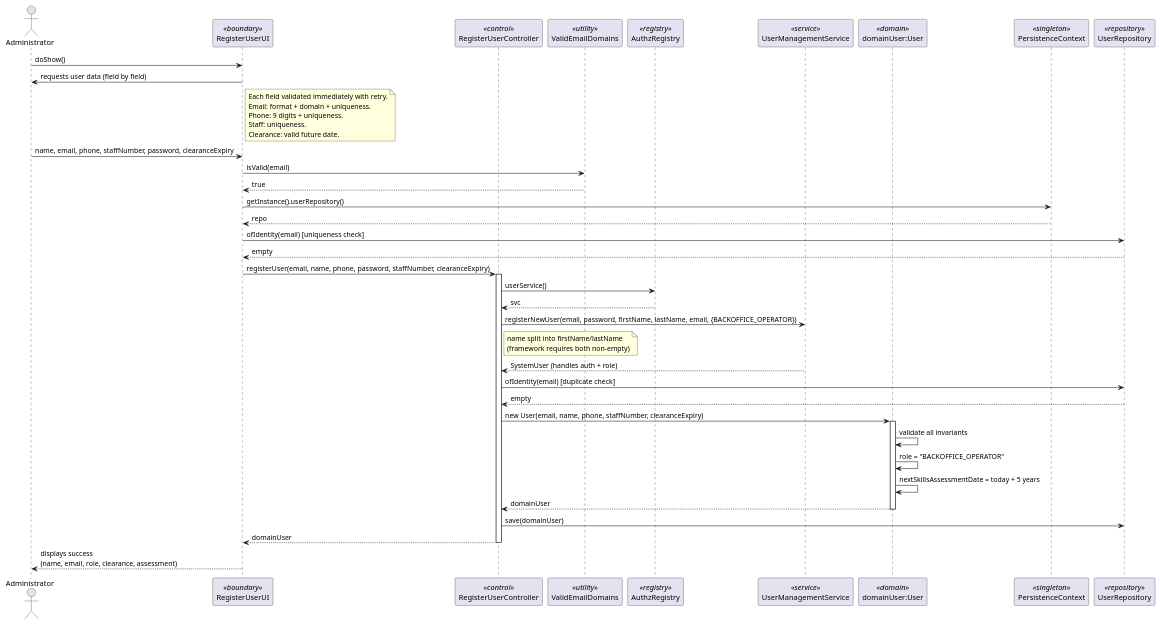
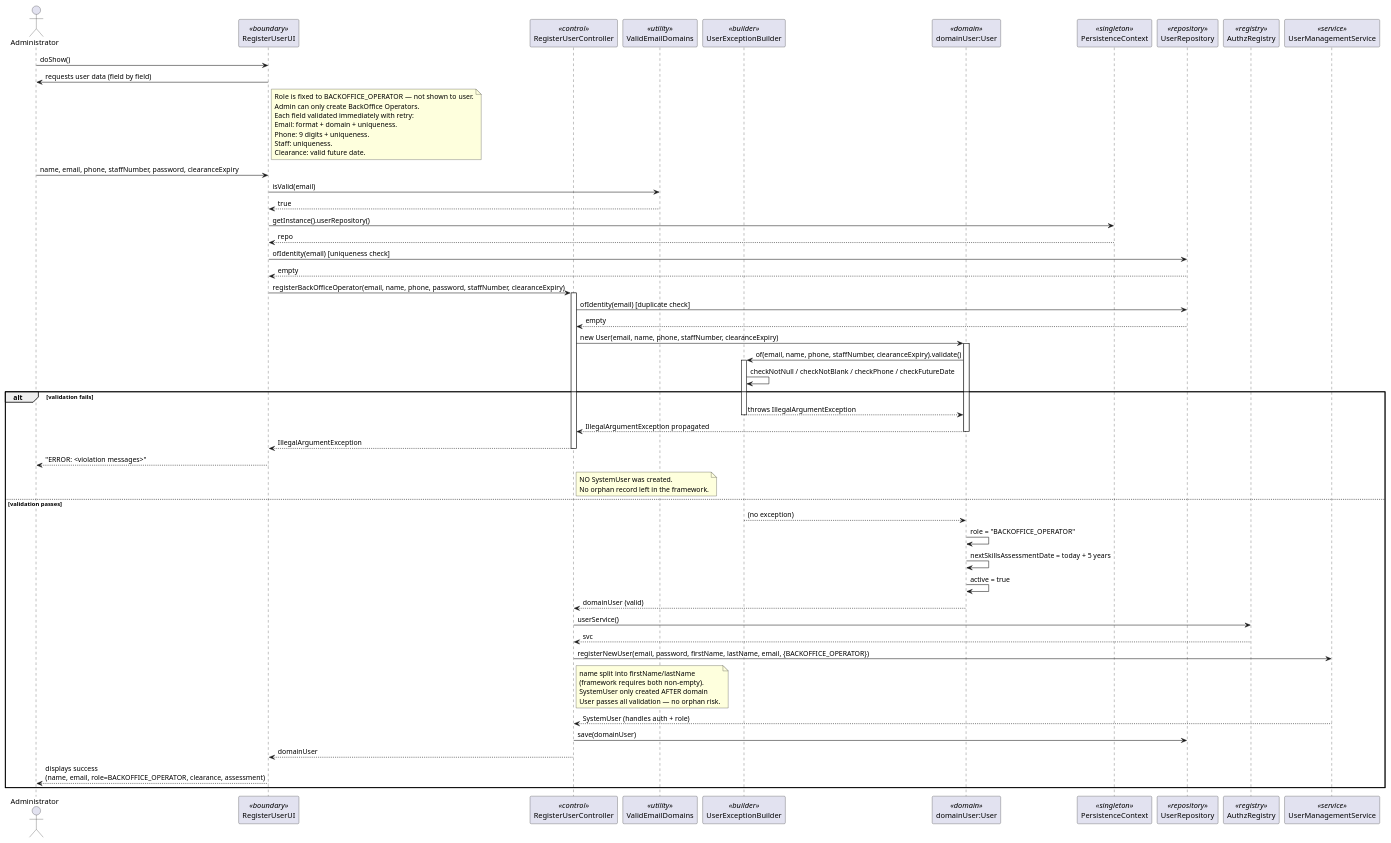
Before and after one commit to DuartePinto1240/sem4pi2526-sem4pi2526_2da2: the diagram in docs/Sprint 3/EAPLI/US031/puml/US031-sequence-diagram.puml, drawn with PlantUML. The commit also changed 31 other files, not shown here.

First line of the commit message:
fix(eapli): refactor US030-033 validation and role restrictions

```diff
--- a/docs/Sprint 3/EAPLI/US031/puml/US031-sequence-diagram.puml
+++ b/docs/Sprint 3/EAPLI/US031/puml/US031-sequence-diagram.puml
@@ -1,59 +1,87 @@
 @startuml
 actor Administrator
 participant RegisterUserUI as UI <<boundary>>
 participant RegisterUserController as CTRL <<control>>
 participant ValidEmailDomains as VED <<utility>>
-participant AuthzRegistry as REG <<registry>>
-participant UserManagementService as SVC <<service>>
+participant "UserExceptionBuilder" as UEB <<builder>>
 participant "domainUser:User" as USER <<domain>>
 participant PersistenceContext as PCON <<singleton>>
 participant UserRepository as REPO <<repository>>
+participant AuthzRegistry as REG <<registry>>
+participant UserManagementService as SVC <<service>>
 
 Administrator -> UI : doShow()
 UI -> Administrator : requests user data (field by field)
 
 note right of UI
-  Each field validated immediately with retry.
+  Role is fixed to BACKOFFICE_OPERATOR — not shown to user.
+  Admin can only create BackOffice Operators.
+  Each field validated immediately with retry:
   Email: format + domain + uniqueness.
   Phone: 9 digits + uniqueness.
   Staff: uniqueness.
   Clearance: valid future date.
 end note
 
 Administrator -> UI : name, email, phone, staffNumber, password, clearanceExpiry
 UI -> VED : isValid(email)
 VED --> UI : true
 UI -> PCON : getInstance().userRepository()
 PCON --> UI : repo
 UI -> REPO : ofIdentity(email) [uniqueness check]
 REPO --> UI : empty
 
-UI -> CTRL : registerUser(email, name, phone, password, staffNumber, clearanceExpiry)
+UI -> CTRL : registerBackOfficeOperator(email, name, phone, password, staffNumber, clearanceExpiry)
 activate CTRL
 
-' Step 1: Create SystemUser via framework
-CTRL -> REG : userService()
-REG --> CTRL : svc
-CTRL -> SVC : registerNewUser(email, password, firstName, lastName, email, {BACKOFFICE_OPERATOR})
-note right of CTRL
-  name split into firstName/lastName
-  (framework requires both non-empty)
-end note
-SVC --> CTRL : SystemUser (handles auth + role)
-
-' Step 2: Create domain User
 CTRL -> REPO : ofIdentity(email) [duplicate check]
 REPO --> CTRL : empty
+
+' Step 1 — Build and validate domain User FIRST
 CTRL -> USER : new User(email, name, phone, staffNumber, clearanceExpiry)
 activate USER
-USER -> USER : validate all invariants
-USER -> USER : role = "BACKOFFICE_OPERATOR"
-USER -> USER : nextSkillsAssessmentDate = today + 5 years
-USER --> CTRL : domainUser
-deactivate USER
-CTRL -> REPO : save(domainUser)
-CTRL --> UI : domainUser
-deactivate CTRL
+USER -> UEB : of(email, name, phone, staffNumber, clearanceExpiry).validate()
+activate UEB
+UEB -> UEB : checkNotNull / checkNotBlank / checkPhone / checkFutureDate
 
-UI --> Administrator : displays success\n(name, email, role, clearance, assessment)
+alt validation fails
+    UEB --> USER : throws IllegalArgumentException
+    deactivate UEB
+    USER --> CTRL : IllegalArgumentException propagated
+    deactivate USER
+    CTRL --> UI : IllegalArgumentException
+    deactivate CTRL
+    UI --> Administrator : "ERROR: <violation messages>"
+    note right of CTRL
+      NO SystemUser was created.
+      No orphan record left in the framework.
+    end note
+else validation passes
+    UEB --> USER : (no exception)
+    deactivate UEB
+    USER -> USER : role = "BACKOFFICE_OPERATOR"
+    USER -> USER : nextSkillsAssessmentDate = today + 5 years
+    USER -> USER : active = true
+    USER --> CTRL : domainUser (valid)
+    deactivate USER
+
+    ' Step 2 — domain User valid: now register SystemUser in framework
+    CTRL -> REG : userService()
+    REG --> CTRL : svc
+    CTRL -> SVC : registerNewUser(email, password, firstName, lastName, email, {BACKOFFICE_OPERATOR})
+    note right of CTRL
+      name split into firstName/lastName
+      (framework requires both non-empty).
+      SystemUser only created AFTER domain
+      User passes all validation — no orphan risk.
+    end note
+    SVC --> CTRL : SystemUser (handles auth + role)
+
+    ' Step 3 — persist domain User
+    CTRL -> REPO : save(domainUser)
+    CTRL --> UI : domainUser
+    deactivate CTRL
+
+    UI --> Administrator : displays success\n(name, email, role=BACKOFFICE_OPERATOR, clearance, assessment)
+end
 @enduml
```
